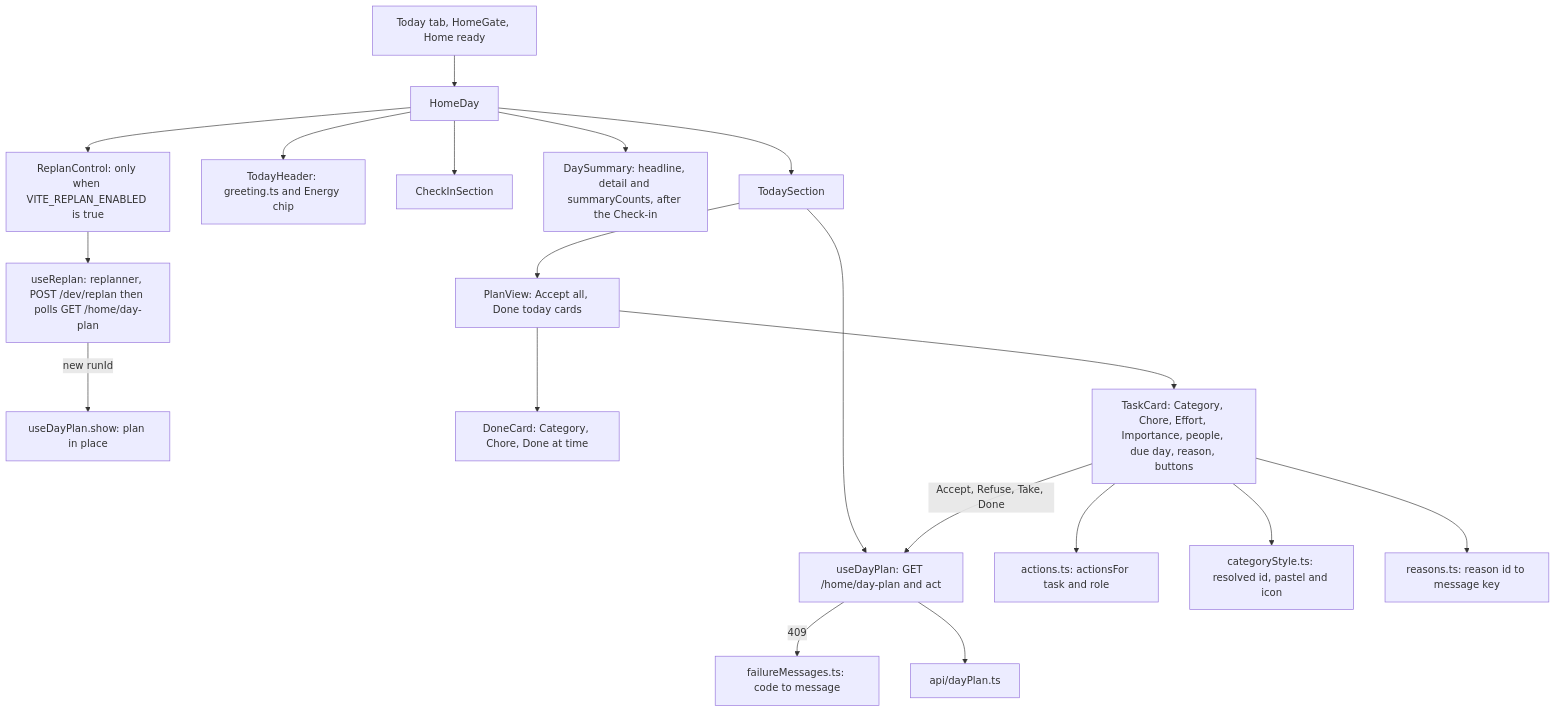
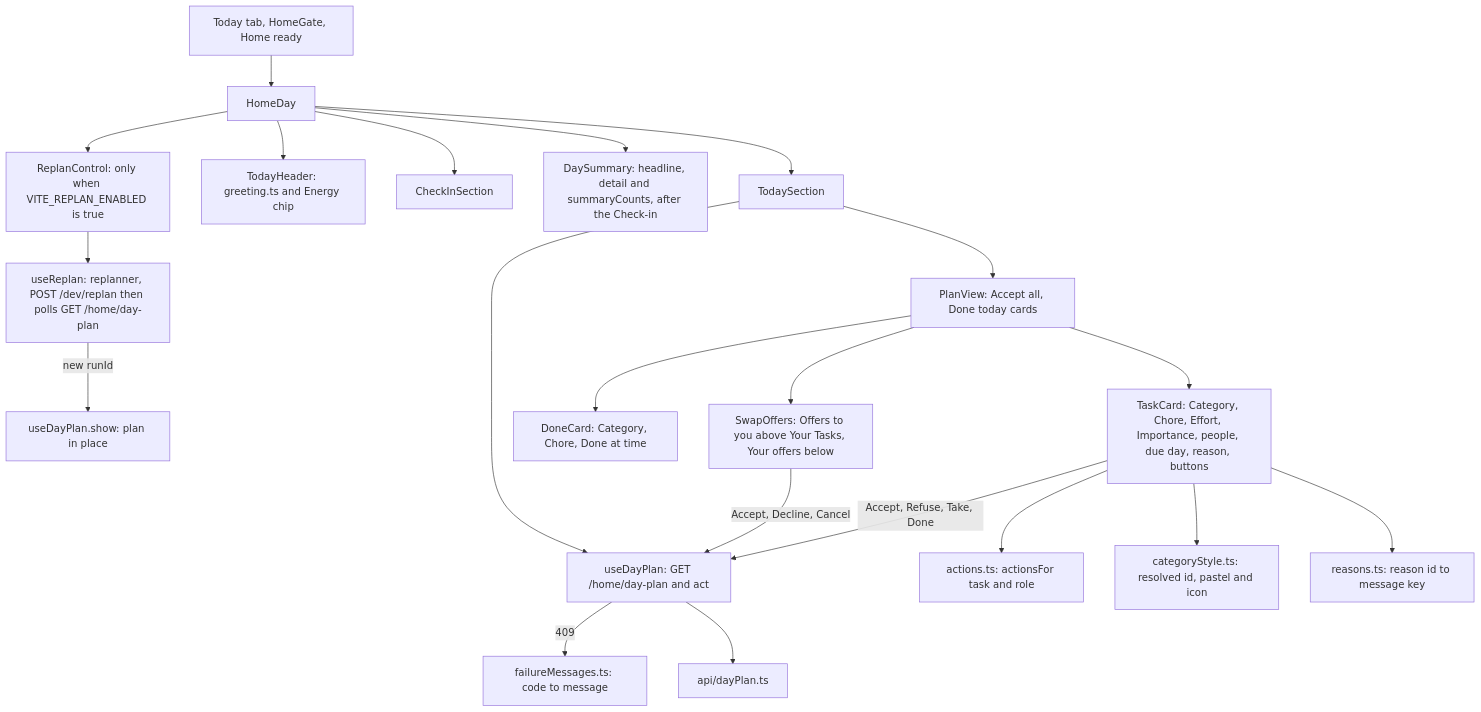
Before and after one commit to AbnerWillclefy/Homeowner: the eighth of 10 diagrams in docs/architecture/web.md, drawn with Mermaid. The commit also changed other lines of this file, not shown here.

Commit message:
docs(web): describe the swap offers section and its fake

````diff
--- a/docs/architecture/web.md
+++ b/docs/architecture/web.md
@@ -372,21 +372,23 @@
 ```mermaid
 flowchart TD
     HS[Today tab, HomeGate, Home ready] --> HD[HomeDay]
     HD --> RC[ReplanControl: only when VITE_REPLAN_ENABLED is true]
     RC --> UR[useReplan: replanner, POST /dev/replan then polls GET /home/day-plan]
     UR -->|new runId| SHOW[useDayPlan.show: plan in place]
     HD --> TH[TodayHeader: greeting.ts and Energy chip]
     HD --> CI[CheckInSection]
     HD --> DS[DaySummary: headline, detail and summaryCounts, after the Check-in]
     HD --> TS[TodaySection]
     TS --> UD[useDayPlan: GET /home/day-plan and act]
     TS --> PV[PlanView: Accept all, Done today cards]
+    PV --> SO[SwapOffers: Offers to you above Your Tasks, Your offers below]
+    SO -->|Accept, Decline, Cancel| UD
     PV --> DC[DoneCard: Category, Chore, Done at time]
     PV --> TC[TaskCard: Category, Chore, Effort, Importance, people, due day, reason, buttons]
     TC --> AC[actions.ts: actionsFor task and role]
     TC -->|Accept, Refuse, Take, Done| UD
     UD -->|409| FM[failureMessages.ts: code to message]
     TC --> CS[categoryStyle.ts: resolved id, pastel and icon]
     TC --> R[reasons.ts: reason id to message key]
     UD --> API[api/dayPlan.ts]
 ```
````
